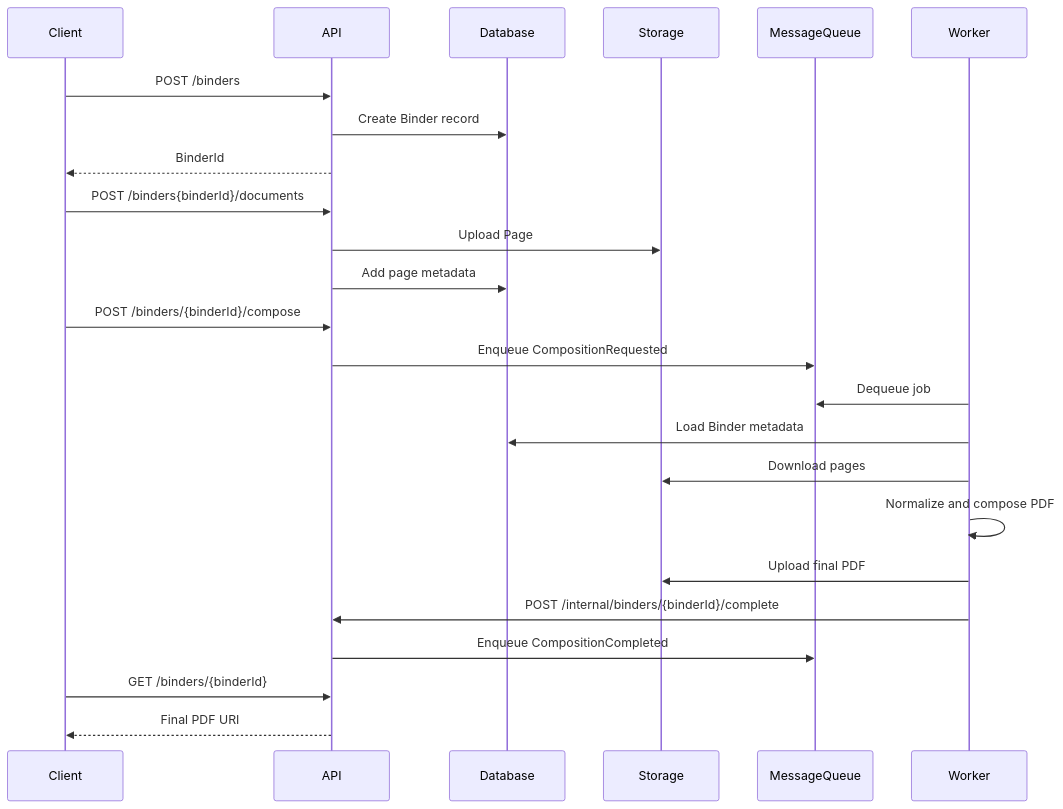
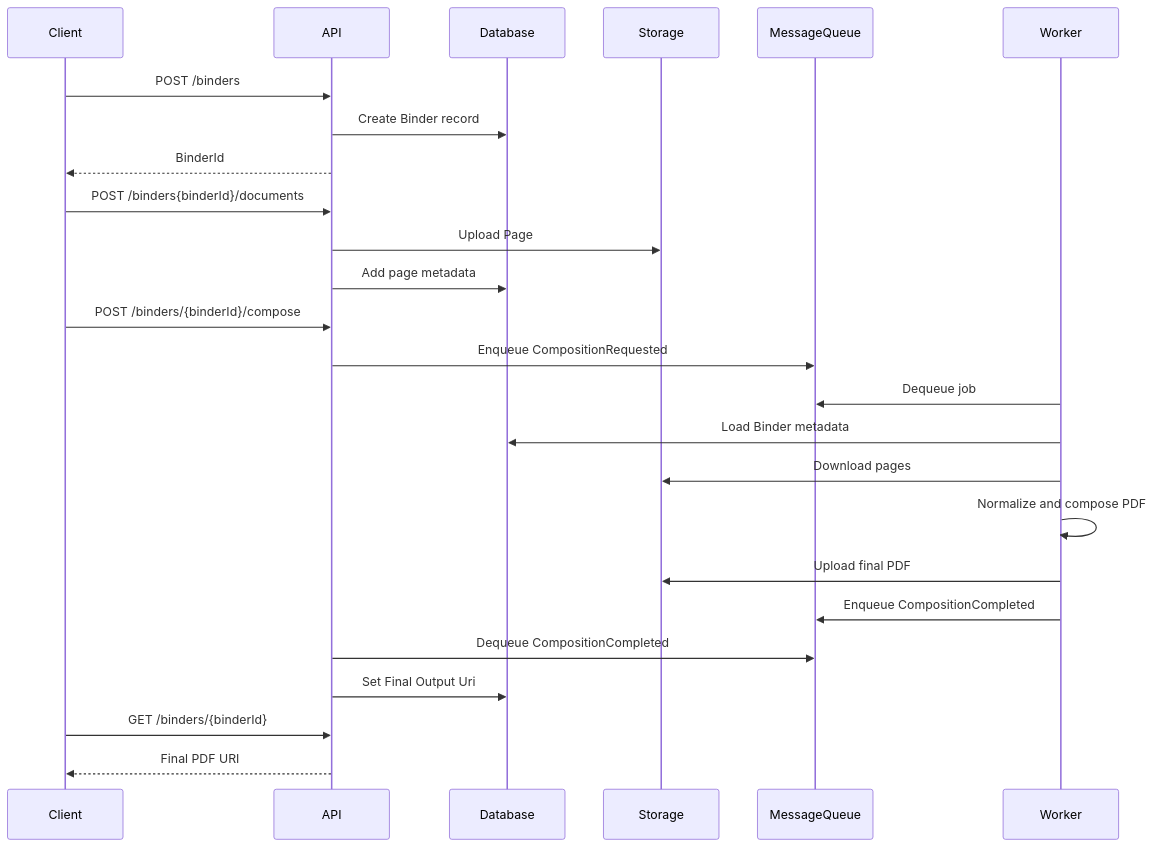
The second of 2 diagrams in docs/architecture/system-overview.md (rsoulard/three-ring), drawn with Mermaid before and after one commit. The commit also changed 1 other file, not shown here.

Commit message:
Update documentation to clarify communication between runtimes

````diff
--- a/docs/architecture/system-overview.md
+++ b/docs/architecture/system-overview.md
@@ -78,32 +78,33 @@
 ```mermaid
 sequenceDiagram
     participant C as Client
     participant A as API
     participant DB as Database
     participant S as Storage
     participant MQ as MessageQueue
     participant W as Worker
 
     C->>A: POST /binders
     A->>DB: Create Binder record
     A-->>C: BinderId
 
     C->>A: POST /binders{binderId}/documents
     A->>S: Upload Page
     A->>DB: Add page metadata
 
     C->>A: POST /binders/{binderId}/compose
     A->>MQ: Enqueue CompositionRequested
 
     W->>MQ: Dequeue job
     W->>DB: Load Binder metadata
     W->>S: Download pages
     W->>W: Normalize and compose PDF
     W->>S: Upload final PDF
-    W->>A: POST /internal/binders/{binderId}/complete
+    W->>MQ: Enqueue CompositionCompleted
 
-    A->>MQ: Enqueue CompositionCompleted
+    A->>MQ: Dequeue CompositionCompleted
+    A->>DB: Set Final Output Uri
 
     C->>A: GET /binders/{binderId}
     A-->>C: Final PDF URI
 ```
````
